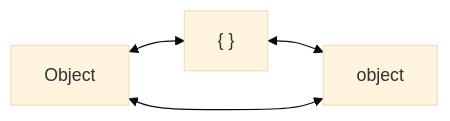
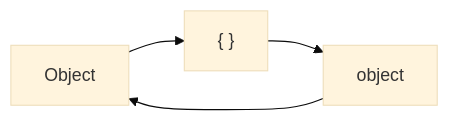
One commit to yo-goto/zenn-public-repo changed diagram 12 of 16 in books/ts-algebraic-models/5-tam-order-theoretic-model.md. Above: the diagram before and after it, drawn with Mermaid (base theme). The commit also changed other lines of this file, not shown here.

Commit message:
💡 update(chapter): ハッセ図の被覆関係の概念を追加

````diff
--- a/books/ts-algebraic-models/5-tam-order-theoretic-model.md
+++ b/books/ts-algebraic-models/5-tam-order-theoretic-model.md
@@ -333,9 +337,9 @@
 ```mermaid
 graph LR
   O[Object]
   E["{ }"]
   obj[object]
-  O <--> E
-  E <--> obj
-  obj <--> O
+  O --> E
+  E --> obj
+  obj --> O
 ```
````
